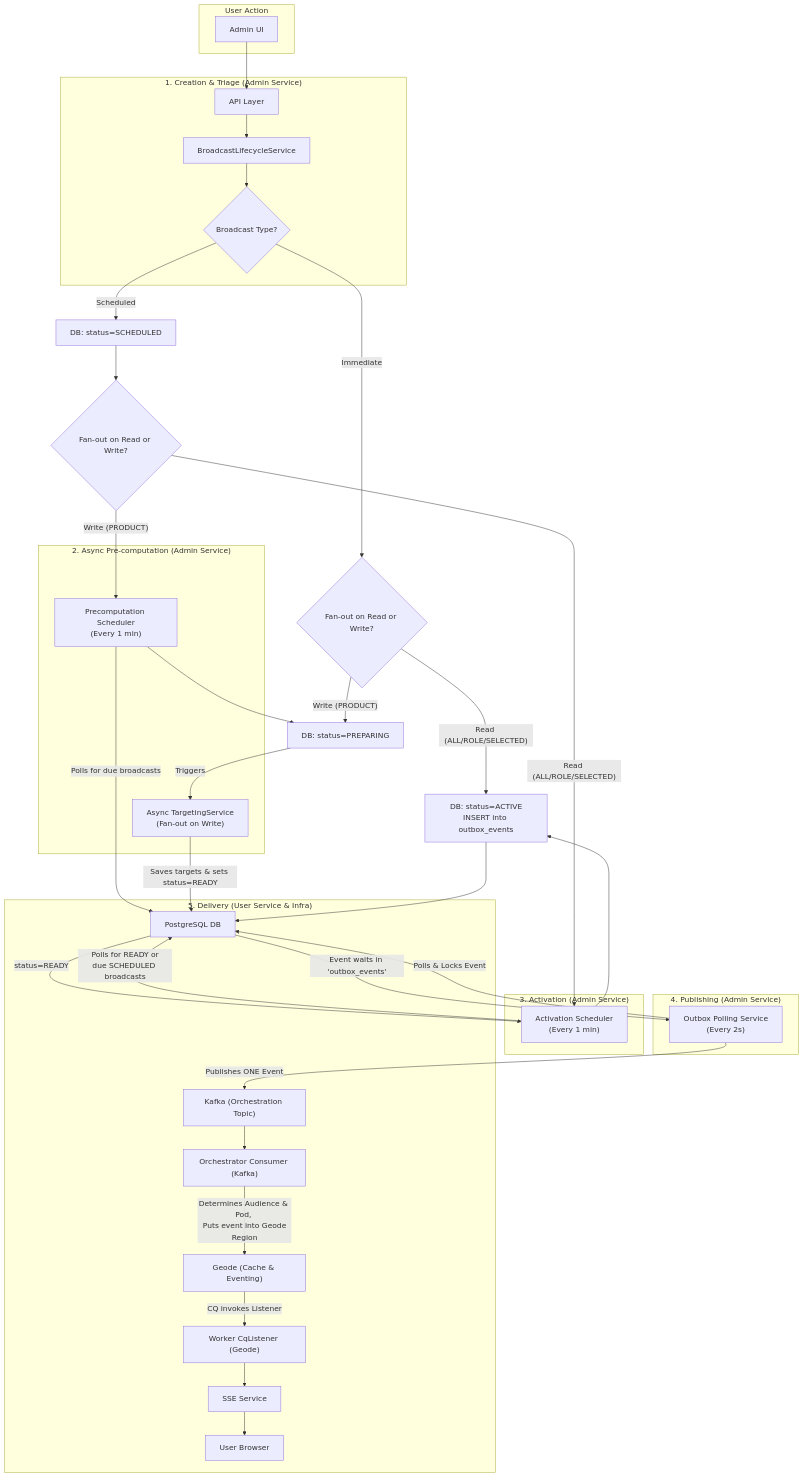
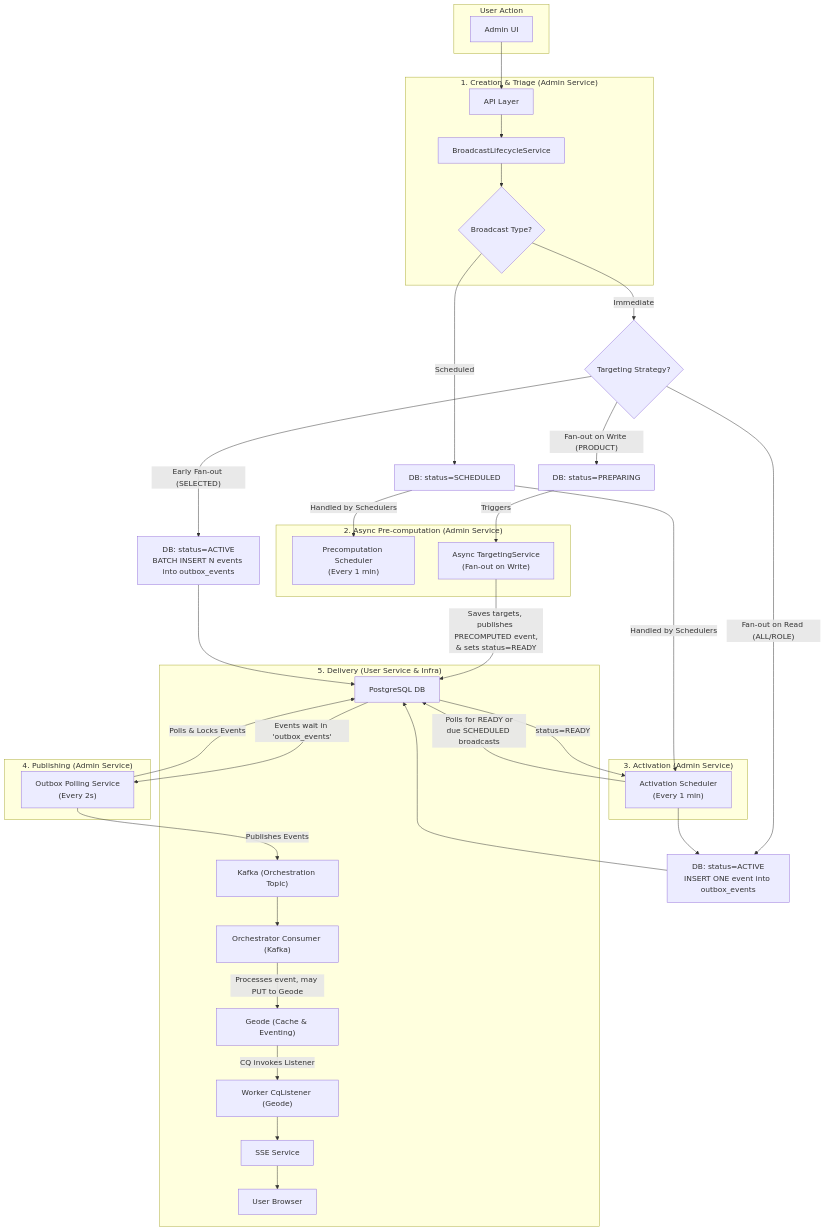
The diagram in MermaidDiagrams/graph-overall-flow-complex.mmd (rsrini7/Notification-SSE-GLM-Flux), drawn with Mermaid before and after one commit. The commit also changed 4 other files, not shown here.

Commit message:
updated docs mermaid diagrams

```diff
--- a/MermaidDiagrams/graph-overall-flow-complex.mmd
+++ b/MermaidDiagrams/graph-overall-flow-complex.mmd
@@ -1,74 +1,69 @@
 graph TD
     subgraph "User Action"
         AdminUI[Admin UI]
     end
 
     subgraph "1. Creation & Triage (Admin Service)"
         AdminAPI["API Layer"]
         LifecycleSvc["BroadcastLifecycleService"]
         CreationTriage{"Broadcast Type?"}
     end
 
     subgraph "2. Async Pre-computation (Admin Service)"
         PrecomputationScheduler["Precomputation Scheduler<br/>(Every 1 min)"]
         AsyncPrecomputation["Async TargetingService<br/>(Fan-out on Write)"]
     end
     
-
     subgraph "3. Activation (Admin Service)"
         ActivationScheduler["Activation Scheduler<br/>(Every 1 min)"]
     end
 
     subgraph "4. Publishing (Admin Service)"
         OutboxPoller["Outbox Polling Service<br/>(Every 2s)"]
     end
 
     subgraph "5. Delivery (User Service & Infra)"
         OrchestratorConsumer["Orchestrator Consumer (Kafka)"]
         WorkerCqListener["Worker CqListener (Geode)"]
         SseService["SSE Service"]
         Kafka["Kafka (Orchestration Topic)"]
         Geode["Geode (Cache & Eventing)"]
         Postgres["PostgreSQL DB"]
         User[User Browser]
     end
     
     %% --- FLOW START ---
     AdminUI --> AdminAPI --> LifecycleSvc --> CreationTriage
 
     %% --- PATH A: IMMEDIATE BROADCASTS ---
-    CreationTriage -- "Immediate" --> ImmediateType{"Fan-out on Read or Write?"}
-    ImmediateType -- "Read (ALL/ROLE/SELECTED)" --> SaveActiveAndOutbox["DB: status=ACTIVE<br/>INSERT into outbox_events"]
-    ImmediateType -- "Write (PRODUCT)" --> SavePreparing["DB: status=PREPARING"]
+    CreationTriage -- "Immediate" --> ImmediateType{"Targeting Strategy?"}
+    ImmediateType -- "Early Fan-out (SELECTED)" --> SaveActiveAndOutboxBatch["DB: status=ACTIVE<br/>BATCH INSERT N events into outbox_events"]
+    ImmediateType -- "Fan-out on Read (ALL/ROLE)" --> SaveActiveAndOutboxSingle["DB: status=ACTIVE<br/>INSERT ONE event into outbox_events"]
+    ImmediateType -- "Fan-out on Write (PRODUCT)" --> SavePreparing["DB: status=PREPARING"]
     
     SavePreparing -- "Triggers" --> AsyncPrecomputation
 
     %% --- PATH B: SCHEDULED BROADCASTS ---
     CreationTriage -- "Scheduled" --> SaveScheduled["DB: status=SCHEDULED"]
-    SaveScheduled --> ScheduledType{"Fan-out on Read or Write?"}
+    SaveScheduled -- "Handled by Schedulers" --> ActivationScheduler & PrecomputationScheduler
     
-    ScheduledType -- "Write (PRODUCT)" --> PrecomputationScheduler
-    PrecomputationScheduler -- "Polls for due broadcasts" --> Postgres
-    PrecomputationScheduler --> SavePreparing
-    
-    ScheduledType -- "Read (ALL/ROLE/SELECTED)" --> ActivationScheduler
-
     %% --- PRECOMPUTATION & ACTIVATION FLOW ---
-    AsyncPrecomputation -- "Saves targets & sets status=READY" --> Postgres
+    AsyncPrecomputation -- "Saves targets, publishes PRECOMPUTED event,<br/>& sets status=READY" --> Postgres
     Postgres -- "status=READY" --> ActivationScheduler
     
     ActivationScheduler -- "Polls for READY or<br/>due SCHEDULED broadcasts" --> Postgres
-    ActivationScheduler --> SaveActiveAndOutbox
+    ActivationScheduler --> SaveActiveAndOutboxSingle
     
     %% --- CONVERGENCE & PUBLISHING ---
-    SaveActiveAndOutbox --> Postgres
-    Postgres -- "Event waits in 'outbox_events'" --> OutboxPoller
-    OutboxPoller -- "Polls & Locks Event" --> Postgres
-    OutboxPoller -- "Publishes ONE Event" --> Kafka
+    SaveActiveAndOutboxSingle --> Postgres
+    SaveActiveAndOutboxBatch --> Postgres
+    Postgres -- "Events wait in 'outbox_events'" --> OutboxPoller
+    OutboxPoller -- "Polls & Locks Events" --> Postgres
+    OutboxPoller -- "Publishes Events" --> Kafka
 
     %% --- DELIVERY ---
     Kafka --> OrchestratorConsumer
-    OrchestratorConsumer -- "Determines Audience & Pod, <br/> Puts event into Geode Region" --> Geode
+    OrchestratorConsumer -- "Processes event, may PUT to Geode" --> Geode
     Geode -- "CQ invokes Listener" --> WorkerCqListener
     WorkerCqListener --> SseService
     SseService --> User
```
